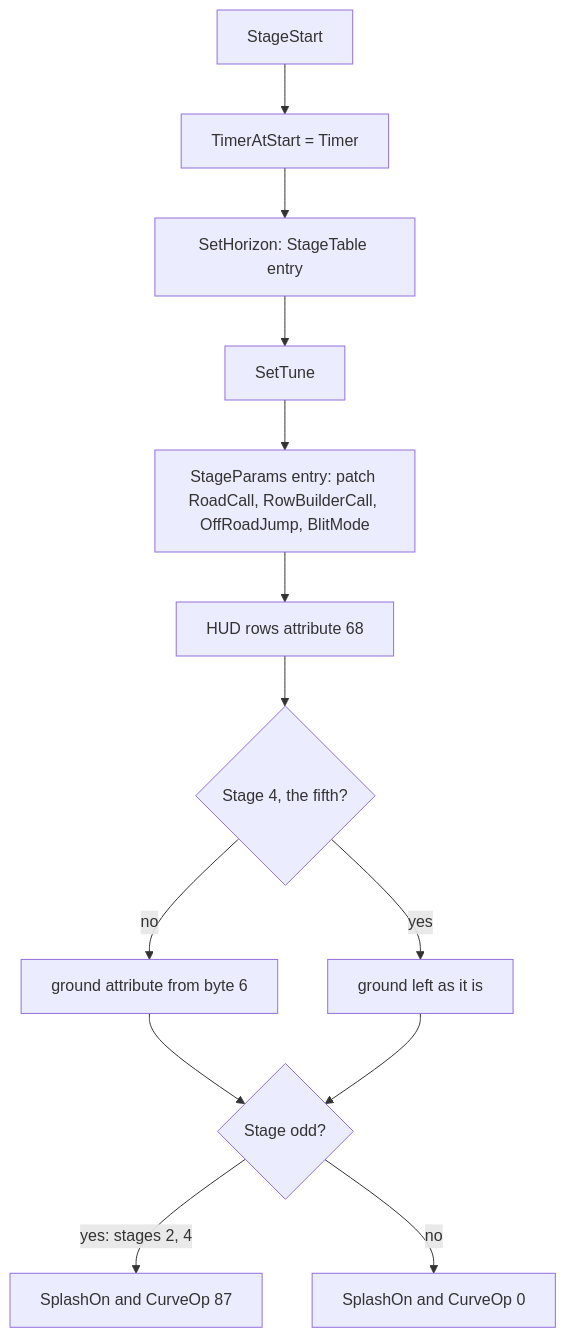
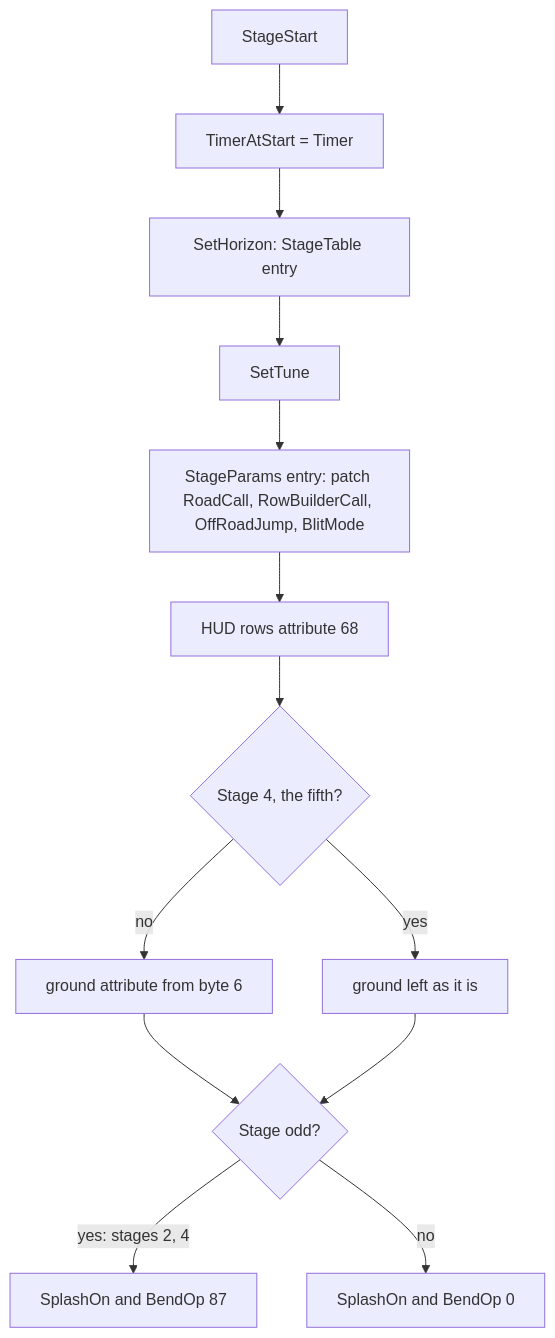
One commit to alfishe/unrealng-reverse-cases changed the second of 8 diagrams in games/enduro-racer/docs/07-objects.md. Above: the diagram before and after it, drawn with Mermaid. The commit also changed other lines of this file and 79 other files, not shown here.

````diff
--- a/games/enduro-racer/docs/07-objects.md
+++ b/games/enduro-racer/docs/07-objects.md
@@ -149,15 +149,15 @@
 ```mermaid
 flowchart TD
     A["StageStart"] --> B["TimerAtStart = Timer"]
     B --> C["SetHorizon: StageTable entry"]
     C --> D["SetTune"]
     D --> E["StageParams entry: patch RoadCall, RowBuilderCall, OffRoadJump, BlitMode"]
     E --> F["HUD rows attribute 68"]
     F --> G{"Stage 4, the fifth?"}
     G -- no --> H["ground attribute from byte 6"]
     G -- yes --> I["ground left as it is"]
     H --> J{"Stage odd?"}
     I --> J
-    J -- "yes: stages 2, 4" --> K["SplashOn and CurveOp 87"]
-    J -- no --> L["SplashOn and CurveOp 0"]
+    J -- "yes: stages 2, 4" --> K["SplashOn and BendOp 87"]
+    J -- no --> L["SplashOn and BendOp 0"]
 ```
````
